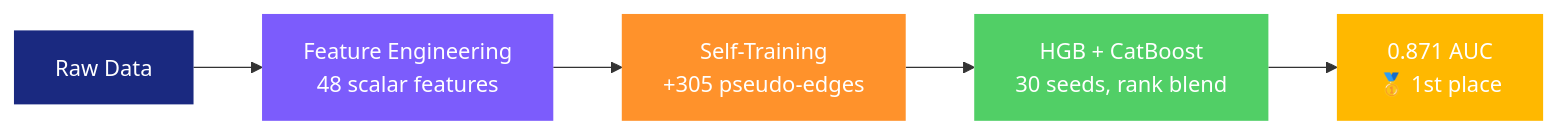
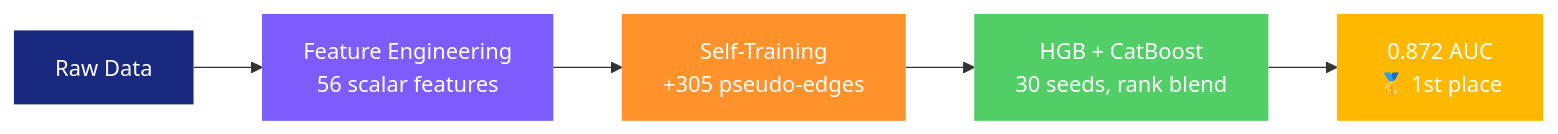
The diagram in README.md (helloelora/graph-data-challenge), drawn with Mermaid before and after one commit. The commit also changed other lines of this file and 6 other files, not shown here.

First line of the commit message:
v25 extends pair-transductive features (0.87208, 1st place)

````diff
--- a/README.md
+++ b/README.md
@@ -23,13 +23,13 @@
 ```mermaid
 flowchart LR
-    A[Raw Data] --> B[Feature Engineering<br/>48 scalar features]
+    A[Raw Data] --> B[Feature Engineering<br/>56 scalar features]
     B --> C[Self-Training<br/>+305 pseudo-edges]
     C --> D[HGB + CatBoost<br/>30 seeds, rank blend]
-    D --> E[0.871 AUC<br/>🥇 1st place]
+    D --> E[0.872 AUC<br/>🥇 1st place]
 
     style A fill:#1A2980,color:#fff,stroke:none
     style B fill:#7C5CFC,color:#fff,stroke:none
     style C fill:#FF922B,color:#fff,stroke:none
     style D fill:#51CF66,color:#fff,stroke:none
     style E fill:#FFB800,color:#fff,stroke:none
 ```
````
